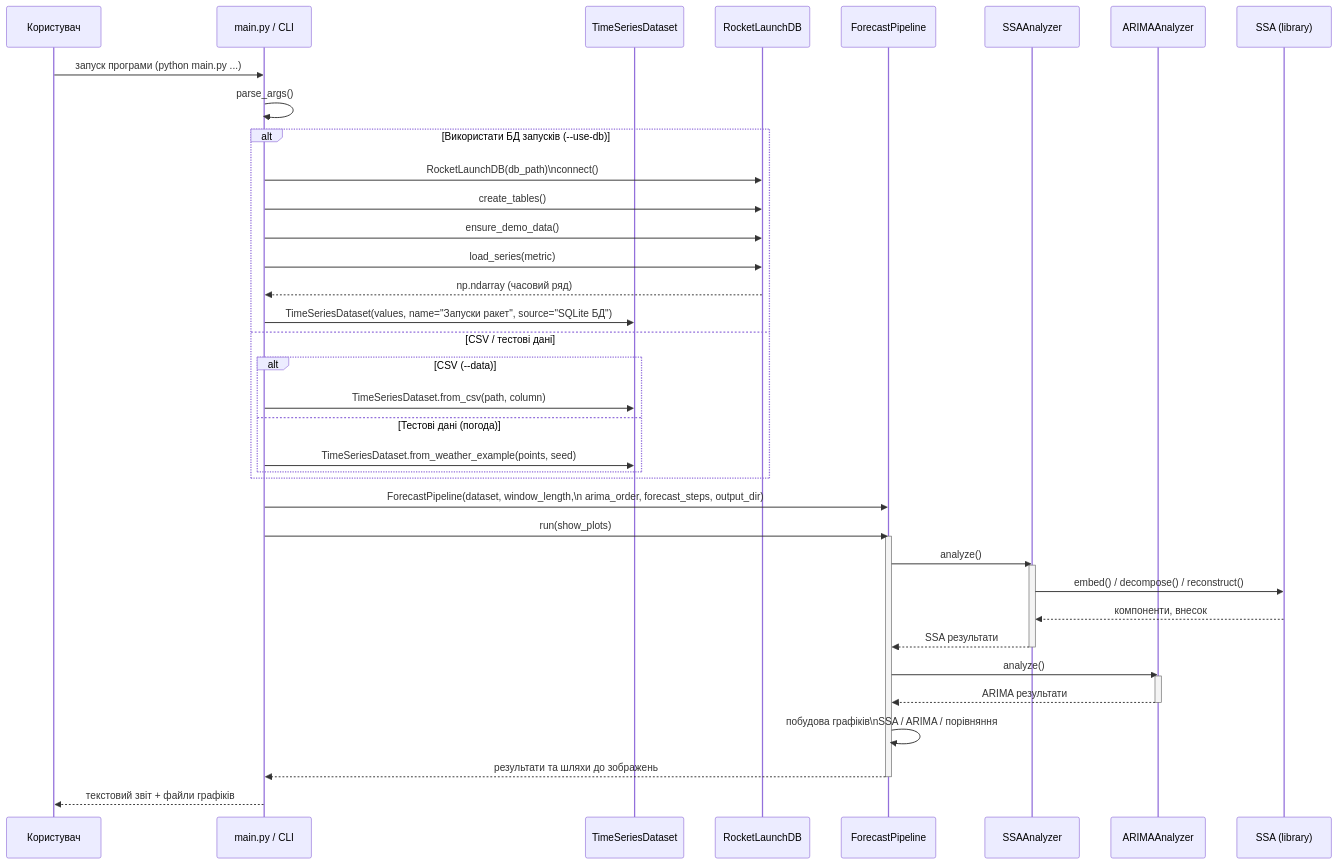
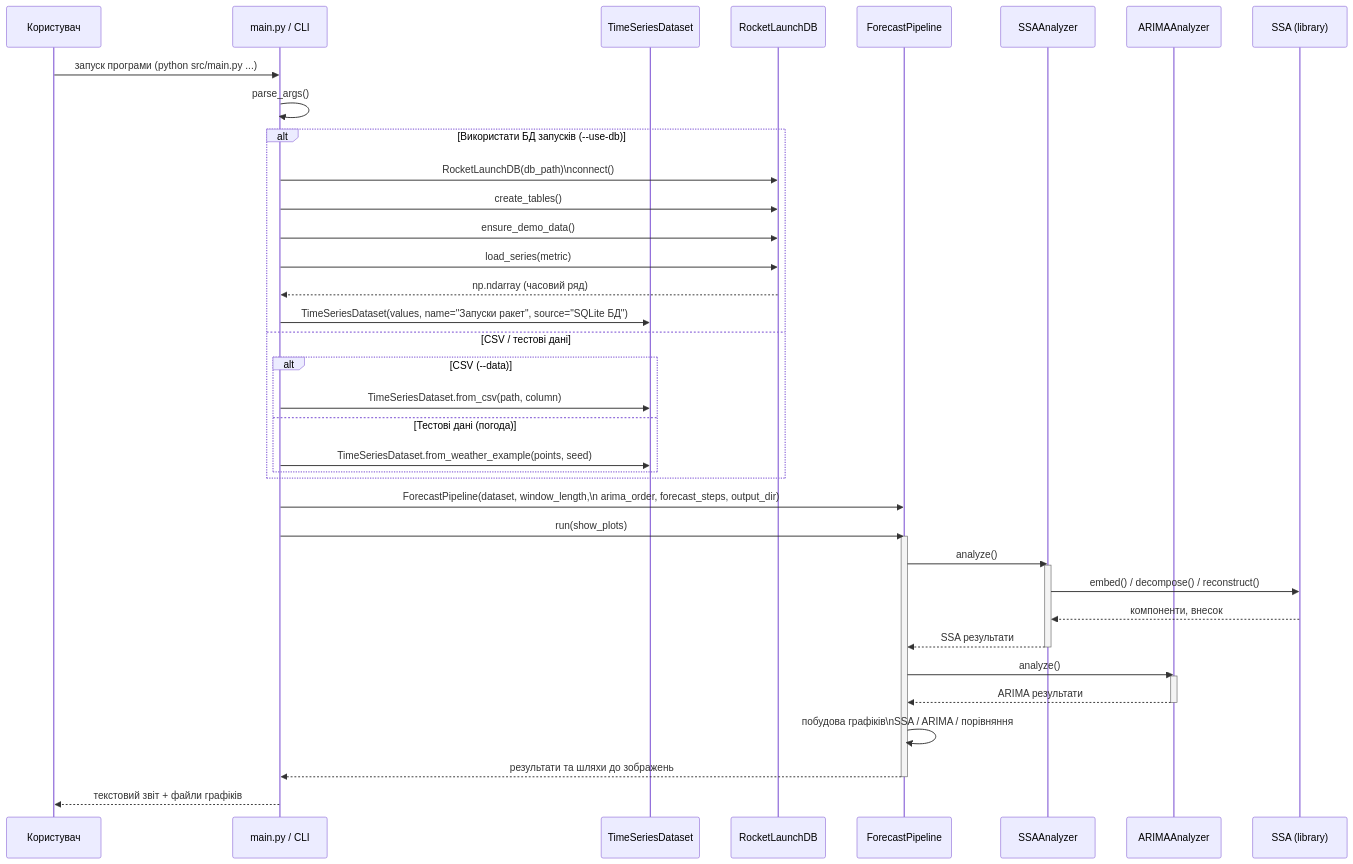
Before and after one commit to tsybtw/ssa-arima: the second of 3 diagrams in README.md, drawn with Mermaid. The commit also changed other lines of this file and 12 other files, not shown here.

````diff
--- a/README.md
+++ b/README.md
@@ -183,54 +183,54 @@
 ```mermaid
 sequenceDiagram
     %% Основний сценарій роботи програми (користувач -> SSA/ARIMA)
 
     participant User as Користувач
     participant CLI as main.py / CLI
     participant DS as TimeSeriesDataset
     participant DB as RocketLaunchDB
     participant Pipe as ForecastPipeline
     participant SSAa as SSAAnalyzer
     participant ARIMAa as ARIMAAnalyzer
     participant SSA as SSA (library)
 
-    User->>CLI: запуск програми (python main.py ...)
+    User->>CLI: запуск програми (python src/main.py ...)
     CLI->>CLI: parse_args()
 
     alt Використати БД запусків (--use-db)
         CLI->>DB: RocketLaunchDB(db_path)\nconnect()
         CLI->>DB: create_tables()
         CLI->>DB: ensure_demo_data()
         CLI->>DB: load_series(metric)
         DB-->>CLI: np.ndarray (часовий ряд)
         CLI->>DS: TimeSeriesDataset(values, name="Запуски ракет", source="SQLite БД")
     else CSV / тестові дані
         alt CSV (--data)
             CLI->>DS: TimeSeriesDataset.from_csv(path, column)
         else Тестові дані (погода)
             CLI->>DS: TimeSeriesDataset.from_weather_example(points, seed)
         end
     end
 
     CLI->>Pipe: ForecastPipeline(dataset, window_length,\n arima_order, forecast_steps, output_dir)
 
     CLI->>Pipe: run(show_plots)
 
     activate Pipe
     Pipe->>SSAa: analyze()
     activate SSAa
     SSAa->>SSA: embed() / decompose() / reconstruct()
     SSA-->>SSAa: компоненти, внесок
     SSAa-->>Pipe: SSA результати
     deactivate SSAa
 
     Pipe->>ARIMAa: analyze()
     activate ARIMAa
     ARIMAa-->>Pipe: ARIMA результати
     deactivate ARIMAa
 
     Pipe->>Pipe: побудова графіків\nSSA / ARIMA / порівняння
     Pipe-->>CLI: результати та шляхи до зображень
     deactivate Pipe
 
     CLI-->>User: текстовий звіт + файли графіків
 ```
````
